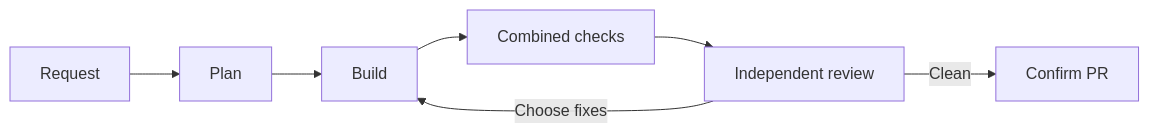
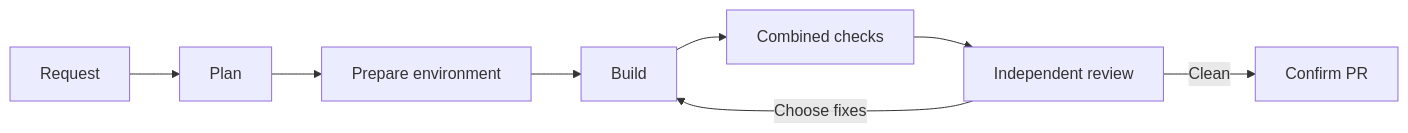
One commit to minimumeffort-dev/sprowt.harness changed the diagram in README.md. Above: the diagram before and after it, drawn with Mermaid. The commit also changed other lines of this file and 18 other files, not shown here.

````diff
--- a/README.md
+++ b/README.md
@@ -18,7 +18,7 @@
 ```mermaid
 flowchart LR
-    request["Request"] --> plan["Plan"] --> build["Build"]
+    request["Request"] --> plan["Plan"] --> prepare["Prepare environment"] --> build["Build"]
     build --> checks["Combined checks"] --> review["Independent review"]
     review -->|"Clean"| ready["Confirm PR"]
     review -->|"Choose fixes"| build
 ```
````
